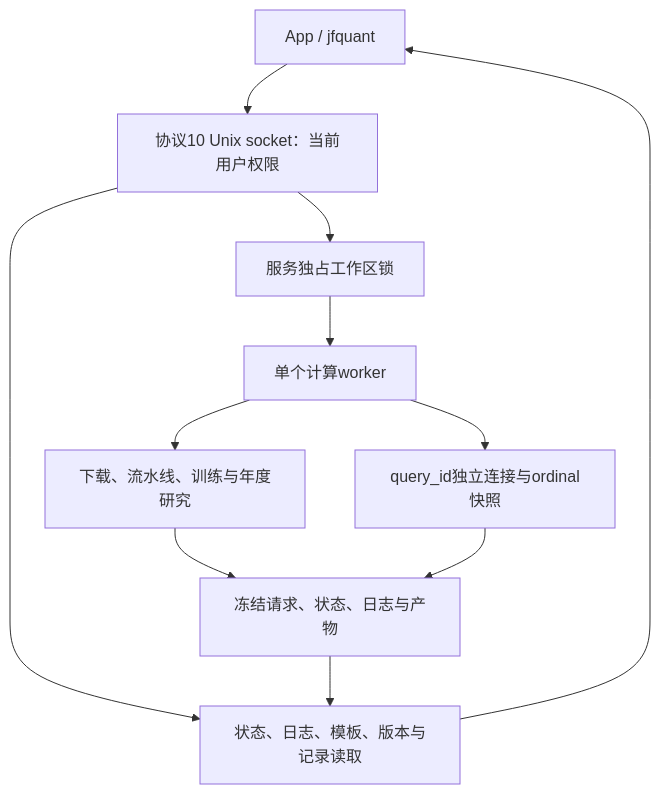
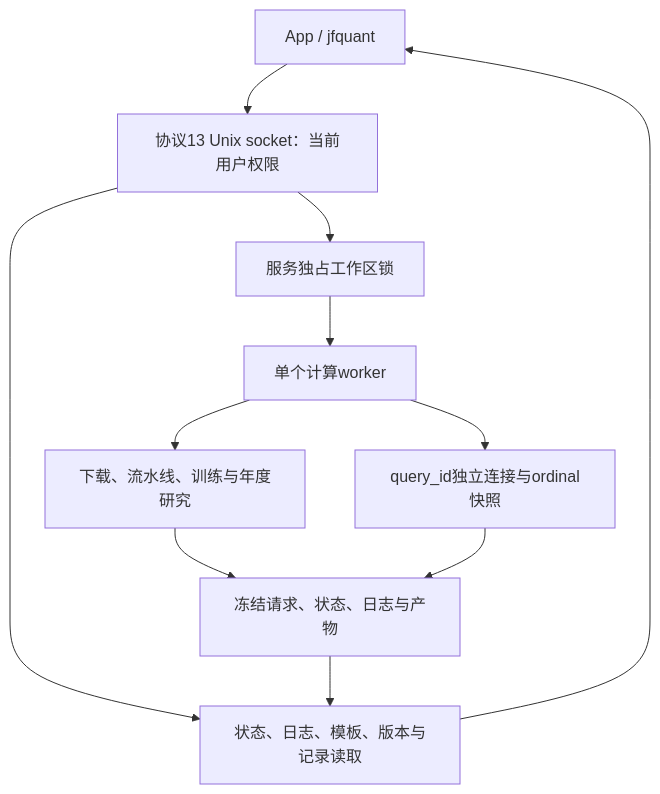
Before and after one commit to Dennishaha/JFQuant: the second of 7 diagrams in crates/workflow/src/README.md, drawn with Mermaid. The commit also changed other lines of this file and 78 other files, not shown here.

````diff
--- a/crates/workflow/src/README.md
+++ b/crates/workflow/src/README.md
@@ -42,13 +42,13 @@
 ```mermaid
 flowchart TD
-  CLIENT["App / jfquant"] --> RPC["协议10 Unix socket：当前用户权限"]
+  CLIENT["App / jfquant"] --> RPC["协议13 Unix socket：当前用户权限"]
   RPC --> LOCK["服务独占工作区锁"]
   RPC --> CONTROL["状态、日志、模板、版本与记录读取"]
   LOCK --> WORKER["单个计算worker"]
   WORKER --> QUERY["query_id独立连接与ordinal快照"]
   WORKER --> PIPE["下载、流水线、训练与年度研究"]
   PIPE --> DISK["冻结请求、状态、日志与产物"]
   QUERY --> DISK
   DISK --> CONTROL
   CONTROL --> CLIENT
 ```
````
